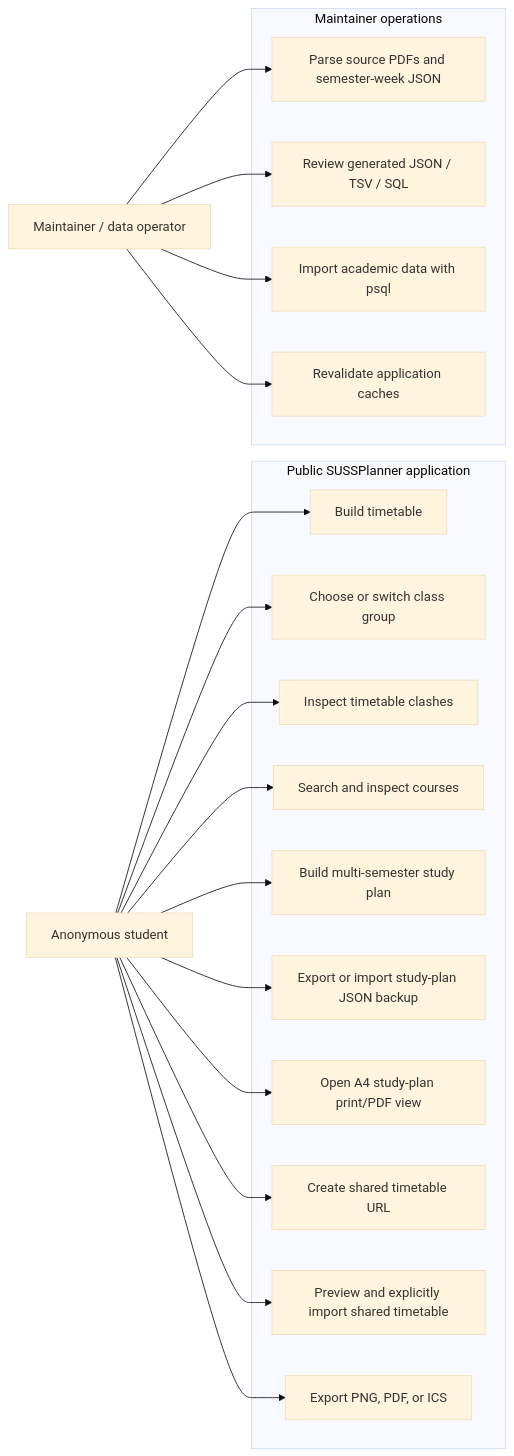
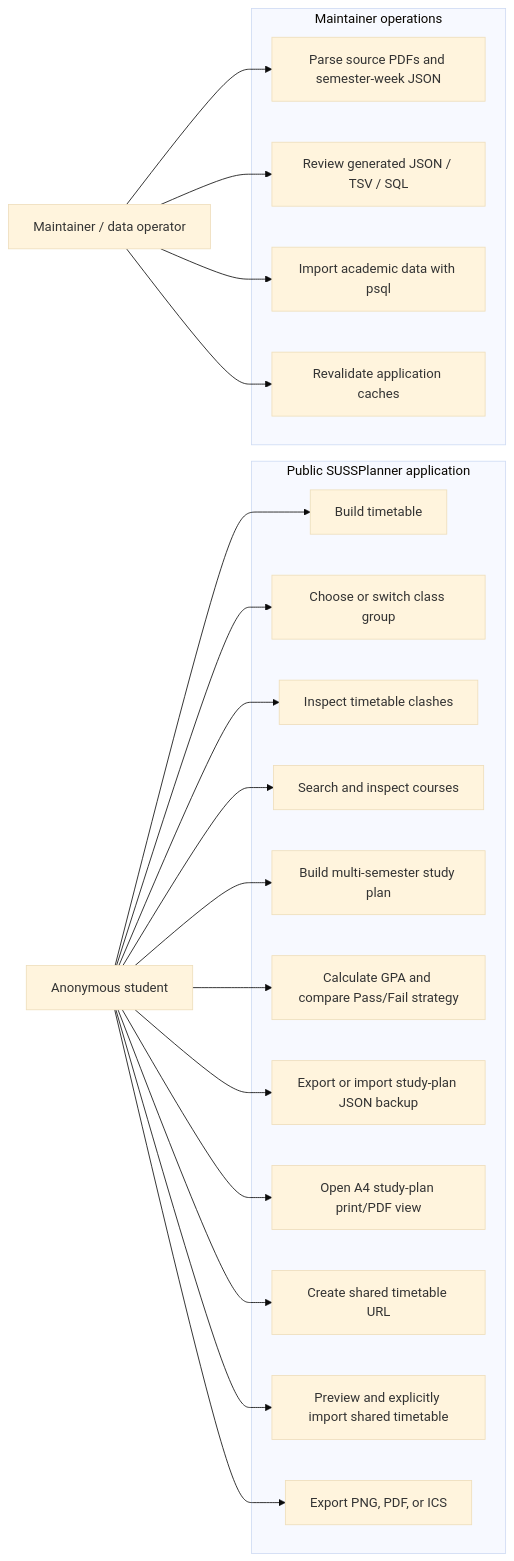
Before and after one commit to lester-td/SUSSplanner: the third of 14 diagrams in docs/DeveloperGuide.md, drawn with Mermaid (base theme). The commit also changed other lines of this file and 1 other file, not shown here.

````diff
--- a/docs/DeveloperGuide.md
+++ b/docs/DeveloperGuide.md
@@ -505,41 +516,43 @@
 ```mermaid
 flowchart LR
     Student["Anonymous student"]
     Maintainer["Maintainer / data operator"]
 
     subgraph PublicApp["Public SUSSPlanner application"]
         Build["Build timetable"]
         Resolve["Choose or switch class group"]
         Clash["Inspect timetable clashes"]
         Search["Search and inspect courses"]
         Study["Build multi-semester study plan"]
+        GPA["Calculate GPA and compare Pass/Fail strategy"]
         Backup["Export or import study-plan JSON backup"]
         Print["Open A4 study-plan print/PDF view"]
         Share["Create shared timetable URL"]
         Preview["Preview and explicitly import shared timetable"]
         Export["Export PNG, PDF, or ICS"]
     end
 
     subgraph Operations["Maintainer operations"]
         Parse["Parse source PDFs and semester-week JSON"]
         Review["Review generated JSON / TSV / SQL"]
         Import["Import academic data with psql"]
         Invalidate["Revalidate application caches"]
     end
 
     Student --> Build
     Student --> Resolve
     Student --> Clash
     Student --> Search
     Student --> Study
+    Student --> GPA
     Student --> Backup
     Student --> Print
     Student --> Share
     Student --> Preview
     Student --> Export
 
     Maintainer --> Parse
     Maintainer --> Review
     Maintainer --> Import
     Maintainer --> Invalidate
 ```
````
